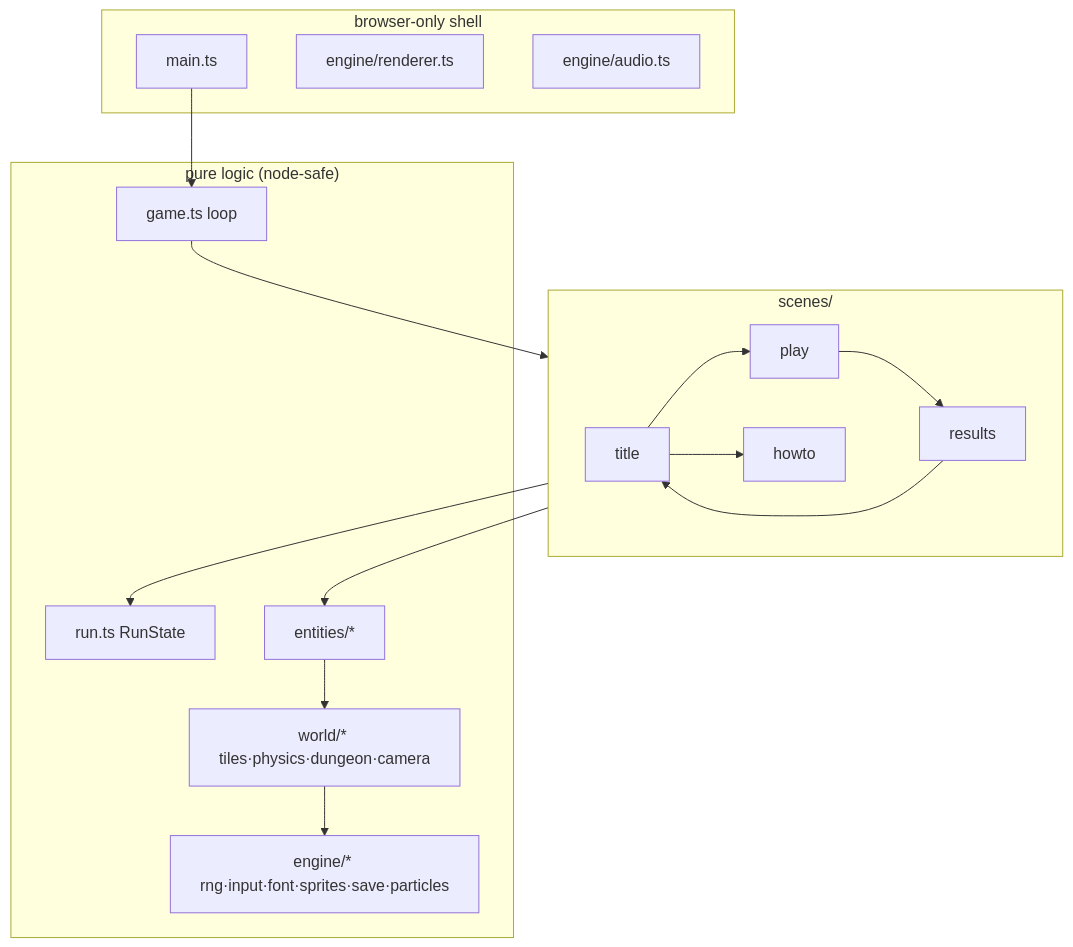
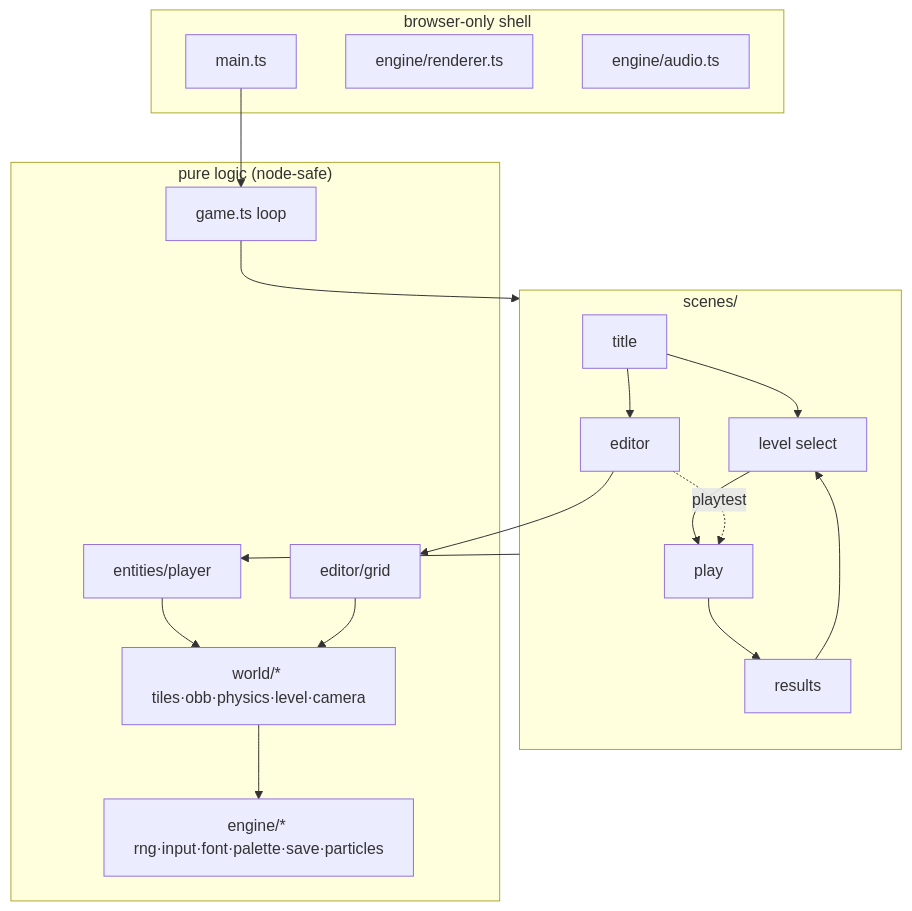
Before and after one commit to CalciteDragon/its-never-just-black-and-white: the diagram in docs/ARCHITECTURE.md, drawn with Mermaid. The commit also changed other lines of this file and 51 other files, not shown here.

````diff
--- a/docs/ARCHITECTURE.md
+++ b/docs/ARCHITECTURE.md
@@ -7,24 +9,26 @@
 ```mermaid
 graph TD
   subgraph browser["browser-only shell"]
     MAIN[main.ts]
     REN[engine/renderer.ts]
     AUD[engine/audio.ts]
   end
   subgraph scenes["scenes/"]
-    TITLE[title] --> PLAY[play]
+    TITLE[title] --> SELECT[level select]
+    SELECT --> PLAY[play]
     PLAY --> RESULTS[results]
-    RESULTS --> TITLE
-    TITLE --> HOWTO[howto]
+    RESULTS --> SELECT
+    TITLE --> EDIT[editor]
+    EDIT -.playtest.-> PLAY
   end
   subgraph logic["pure logic (node-safe)"]
     GAME[game.ts loop]
-    RUN[run.ts RunState]
-    ENT[entities/*]
-    WORLD[world/* tiles·physics·dungeon·camera]
-    ENG[engine/* rng·input·font·sprites·save·particles]
+    PLAYER[entities/player]
+    WORLD[world/* tiles·obb·physics·level·camera]
+    GRID[editor/grid]
+    ENG[engine/* rng·input·font·palette·save·particles]
   end
   MAIN --> GAME --> scenes
-  scenes --> RUN
-  scenes --> ENT --> WORLD --> ENG
+  scenes --> PLAYER --> WORLD --> ENG
+  EDIT --> GRID --> WORLD
 ```
````
